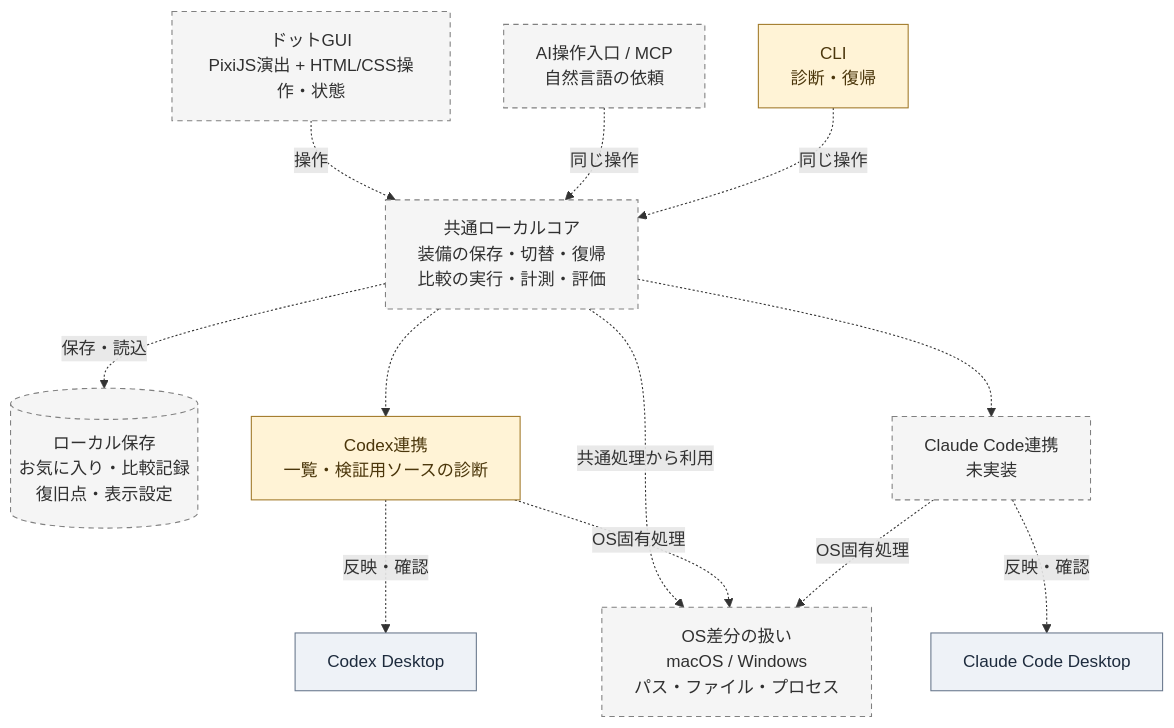
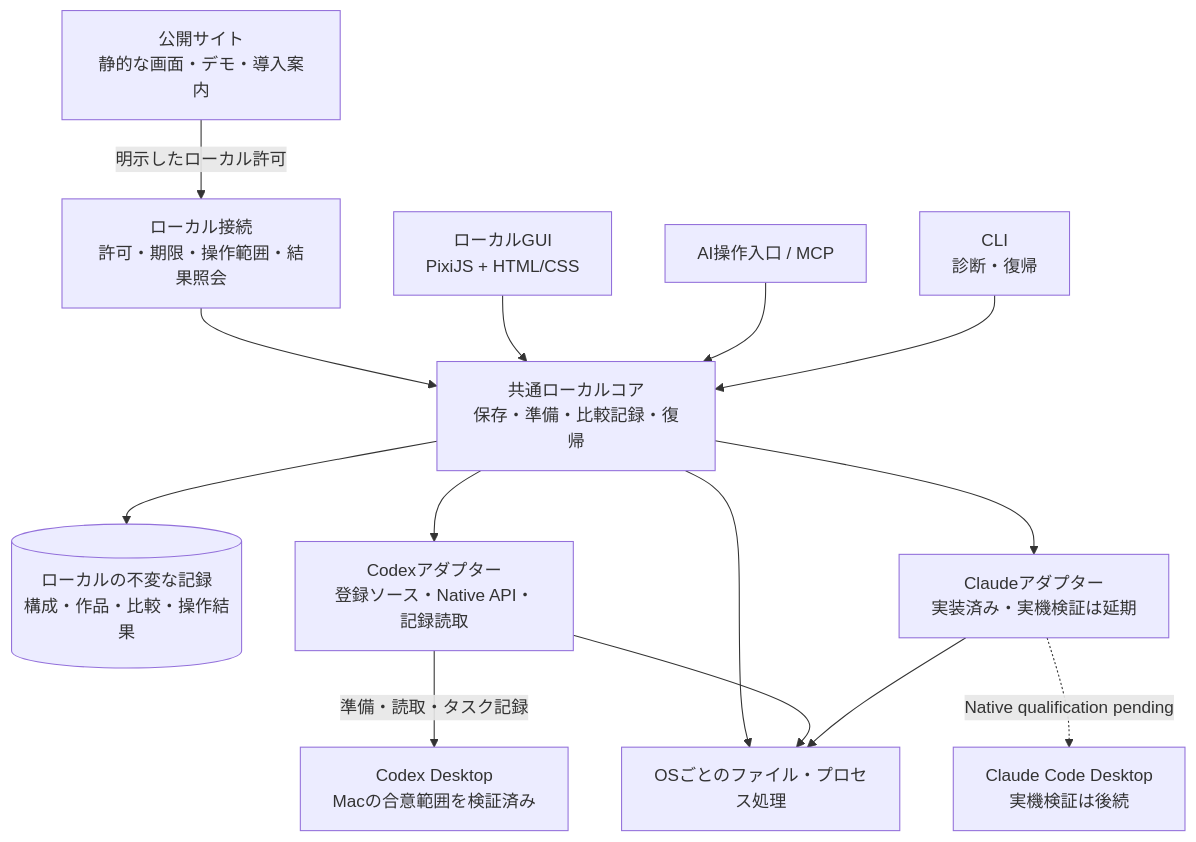
The second of 2 diagrams in docs/architecture.md (NemuKei/unharness), drawn with Mermaid before and after one commit. The commit also changed other lines of this file and 19 other files, not shown here.

````diff
--- a/docs/architecture.md
+++ b/docs/architecture.md
@@ -160,30 +165,28 @@
 ```mermaid
 flowchart TB
-  UI["ドットGUI<br/>PixiJS演出 + HTML/CSS操作・状態"]
-  MCP["AI操作入口 / MCP<br/>自然言語の依頼"]
+  Web["公開サイト<br/>静的な画面・デモ・導入案内"]
+  Bridge["ローカル接続<br/>許可・期限・操作範囲・結果照会"]
+  UI["ローカルGUI<br/>PixiJS + HTML/CSS"]
+  MCP["AI操作入口 / MCP"]
   CLI["CLI<br/>診断・復帰"]
-  Core["共通ローカルコア<br/>装備の保存・切替・復帰<br/>比較の実行・計測・評価"]
-  Store[("ローカル保存<br/>お気に入り・比較記録<br/>復旧点・表示設定")]
-  CodexAdapter["Codex連携<br/>一覧・検証用ソースの診断"]
-  ClaudeAdapter["Claude Code連携<br/>未実装"]
-  Platform["OS差分の扱い<br/>macOS / Windows<br/>パス・ファイル・プロセス"]
-  CodexApp["Codex Desktop"]
-  ClaudeApp["Claude Code Desktop"]
-  UI -.->|"操作"| Core
-  MCP -.->|"同じ操作"| Core
-  CLI -.->|"同じ操作"| Core
-  Core -.->|"保存・読込"| Store
-  Core -.-> CodexAdapter
-  Core -.-> ClaudeAdapter
-  Core -.->|"共通処理から利用"| Platform
-  CodexAdapter -.->|"反映・確認"| CodexApp
-  ClaudeAdapter -.->|"反映・確認"| ClaudeApp
-  CodexAdapter -.->|"OS固有処理"| Platform
-  ClaudeAdapter -.->|"OS固有処理"| Platform
-  classDef planned fill:#f5f5f5,stroke:#808080,color:#303030,stroke-dasharray:5 4
-  classDef partial fill:#fff3d6,stroke:#a17929,color:#4b360b
-  classDef external fill:#eef2f7,stroke:#68778c,color:#1d2b3d
-  class UI,MCP,Core,Store,Platform,ClaudeAdapter planned
-  class CLI,CodexAdapter partial
-  class CodexApp,ClaudeApp external
+  Core["共通ローカルコア<br/>保存・準備・比較記録・復帰"]
+  Store[("ローカルの不変な記録<br/>構成・作品・比較・操作結果")]
+  CodexAdapter["Codexアダプター<br/>登録ソース・Native API・記録読取"]
+  ClaudeAdapter["Claudeアダプター<br/>実装済み・実機検証は延期"]
+  Platform["OSごとのファイル・プロセス処理"]
+  CodexApp["Codex Desktop<br/>Macの合意範囲を検証済み"]
+  ClaudeApp["Claude Code Desktop<br/>実機検証は後続"]
+  Web -->|"明示したローカル許可"| Bridge
+  Bridge --> Core
+  UI --> Core
+  MCP --> Core
+  CLI --> Core
+  Core --> Store
+  Core --> CodexAdapter
+  Core --> ClaudeAdapter
+  Core --> Platform
+  CodexAdapter -->|"準備・読取・タスク記録"| CodexApp
+  ClaudeAdapter -.->|"Native qualification pending"| ClaudeApp
+  CodexAdapter --> Platform
+  ClaudeAdapter --> Platform
 ```
````
